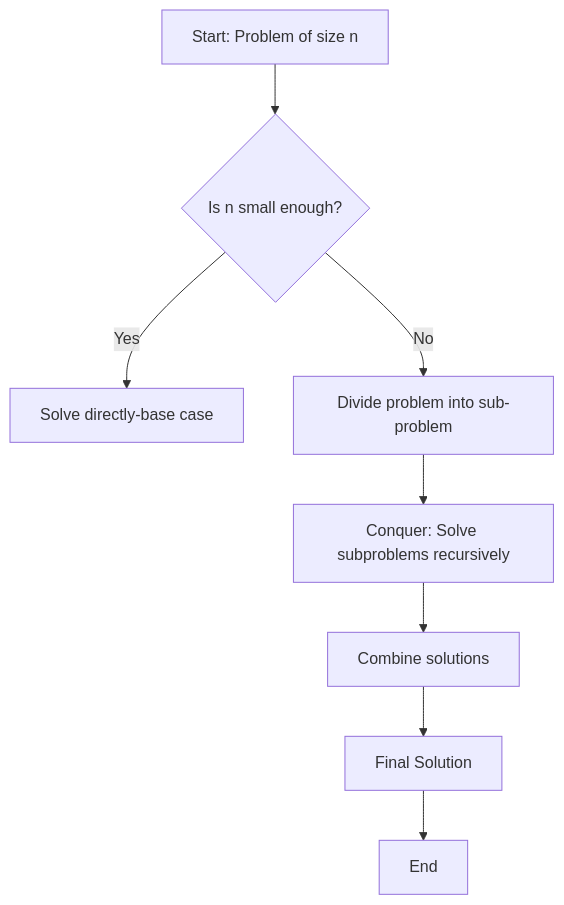
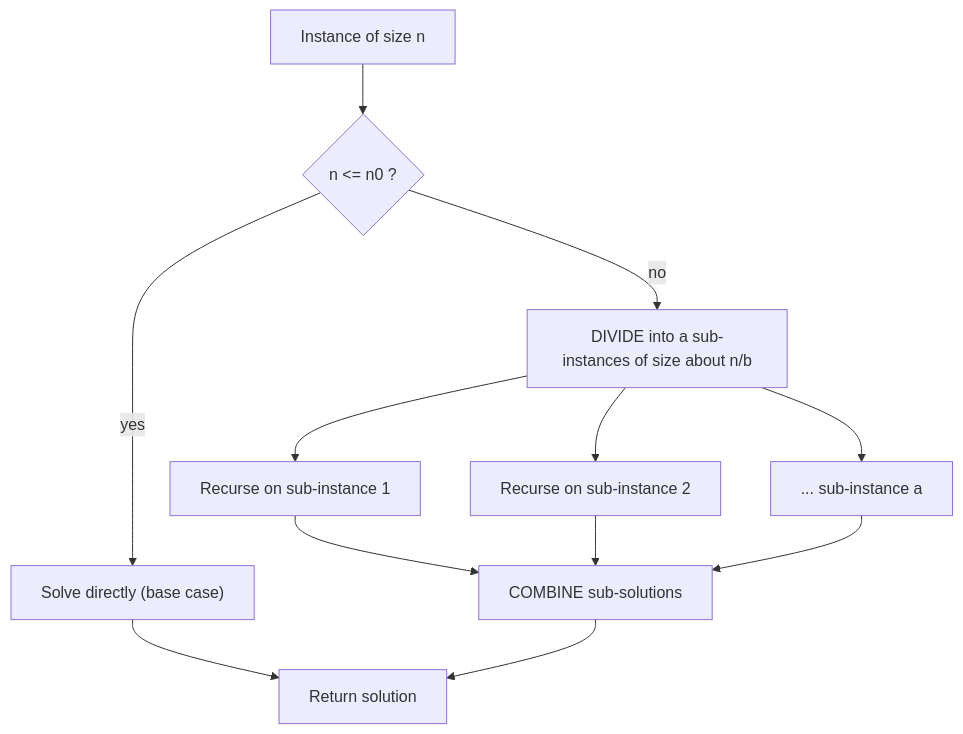
The first of 2 diagrams in docs/unit4/topic1.md (norbutlepcha25/CSF302), drawn with Mermaid before and after one commit. The commit also changed other lines of this file and 79 other files, not shown here.

````diff
--- a/docs/unit4/topic1.md
+++ b/docs/unit4/topic1.md
@@ -13,10 +67,14 @@
 ```mermaid
 flowchart TD
- A[Start: Problem of size n] --> B{Is n small enough?}
- B -->|Yes| C[Solve directly-base case]
- B-->|No| D[Divide problem into sub-problem]
- D --> E[Conquer: Solve subproblems recursively]
- E --> F[Combine solutions]
- F --> G[Final Solution]
- G --> H[End]
+    A["Instance of size n"] --> B{"n <= n0 ?"}
+    B -- yes --> C["Solve directly (base case)"]
+    B -- no --> D["DIVIDE into a sub-instances of size about n/b"]
+    D --> E1["Recurse on sub-instance 1"]
+    D --> E2["Recurse on sub-instance 2"]
+    D --> E3["... sub-instance a"]
+    E1 --> F["COMBINE sub-solutions"]
+    E2 --> F
+    E3 --> F
+    C --> G["Return solution"]
+    F --> G
 ```
````
